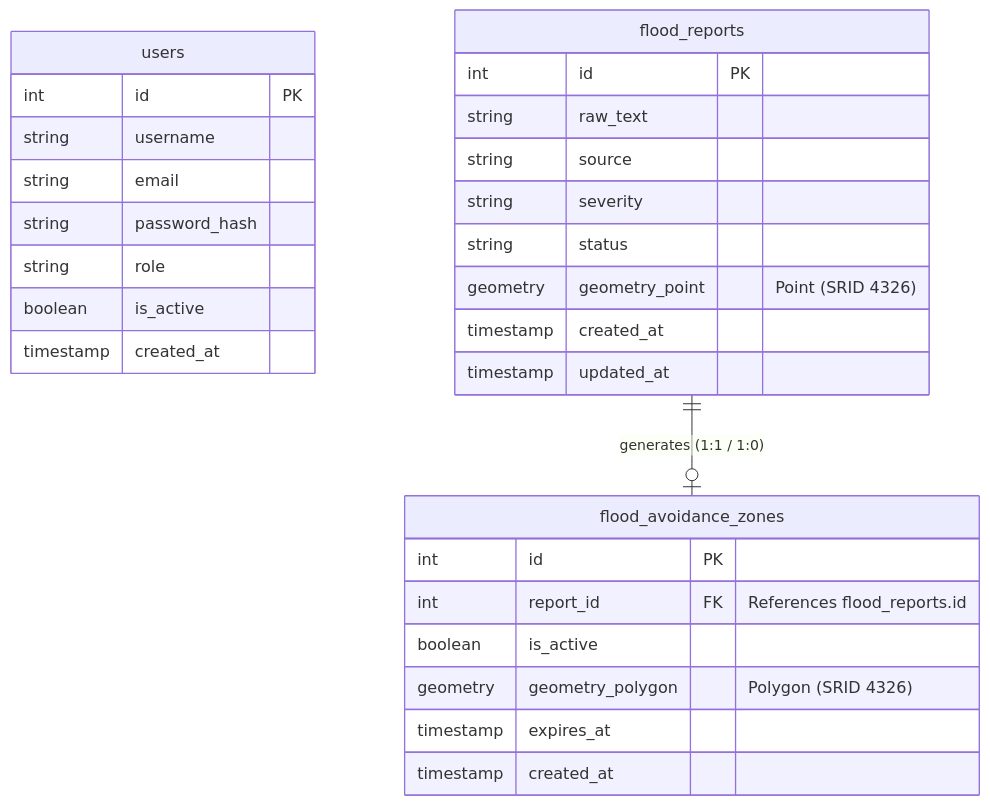
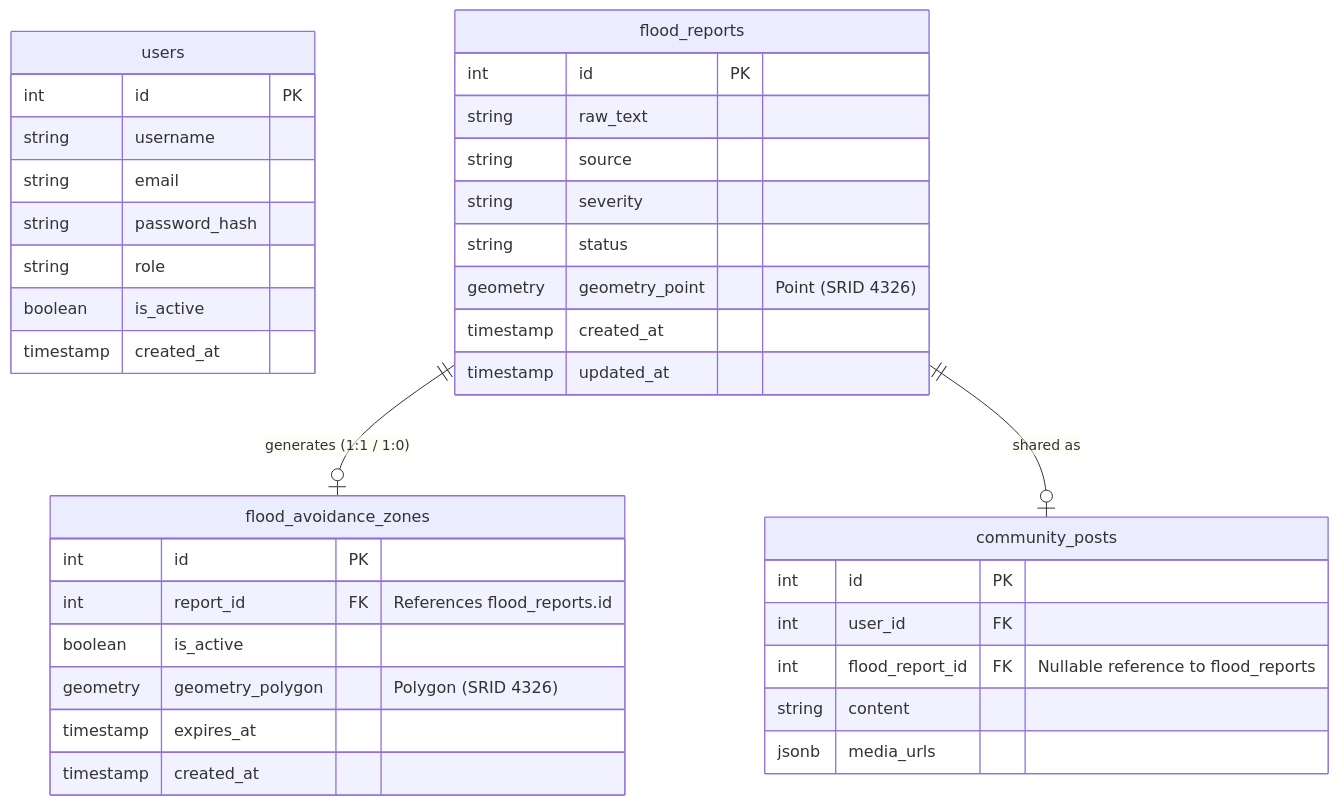
The second of 4 diagrams in DESIGN.md (roicambe/LANES), drawn with Mermaid before and after one commit. The commit also changed 32 other files, not shown here.

````diff
--- a/DESIGN.md
+++ b/DESIGN.md
@@ -65,34 +65,43 @@
 ```mermaid
 erDiagram
     users {
         int id PK
         string username
         string email
         string password_hash
         string role
         boolean is_active
         timestamp created_at
     }
 
     flood_reports {
         int id PK
         string raw_text
         string source
         string severity
         string status
         geometry geometry_point "Point (SRID 4326)"
         timestamp created_at
         timestamp updated_at
     }
 
     flood_avoidance_zones {
         int id PK
         int report_id FK "References flood_reports.id"
         boolean is_active
         geometry geometry_polygon "Polygon (SRID 4326)"
         timestamp expires_at
         timestamp created_at
     }
 
+    community_posts {
+        int id PK
+        int user_id FK
+        int flood_report_id FK "Nullable reference to flood_reports"
+        string content
+        jsonb media_urls
+    }
+
     flood_reports ||--o| flood_avoidance_zones : "generates (1:1 / 1:0)"
+    flood_reports ||--o| community_posts : "shared as"
 ```
````
